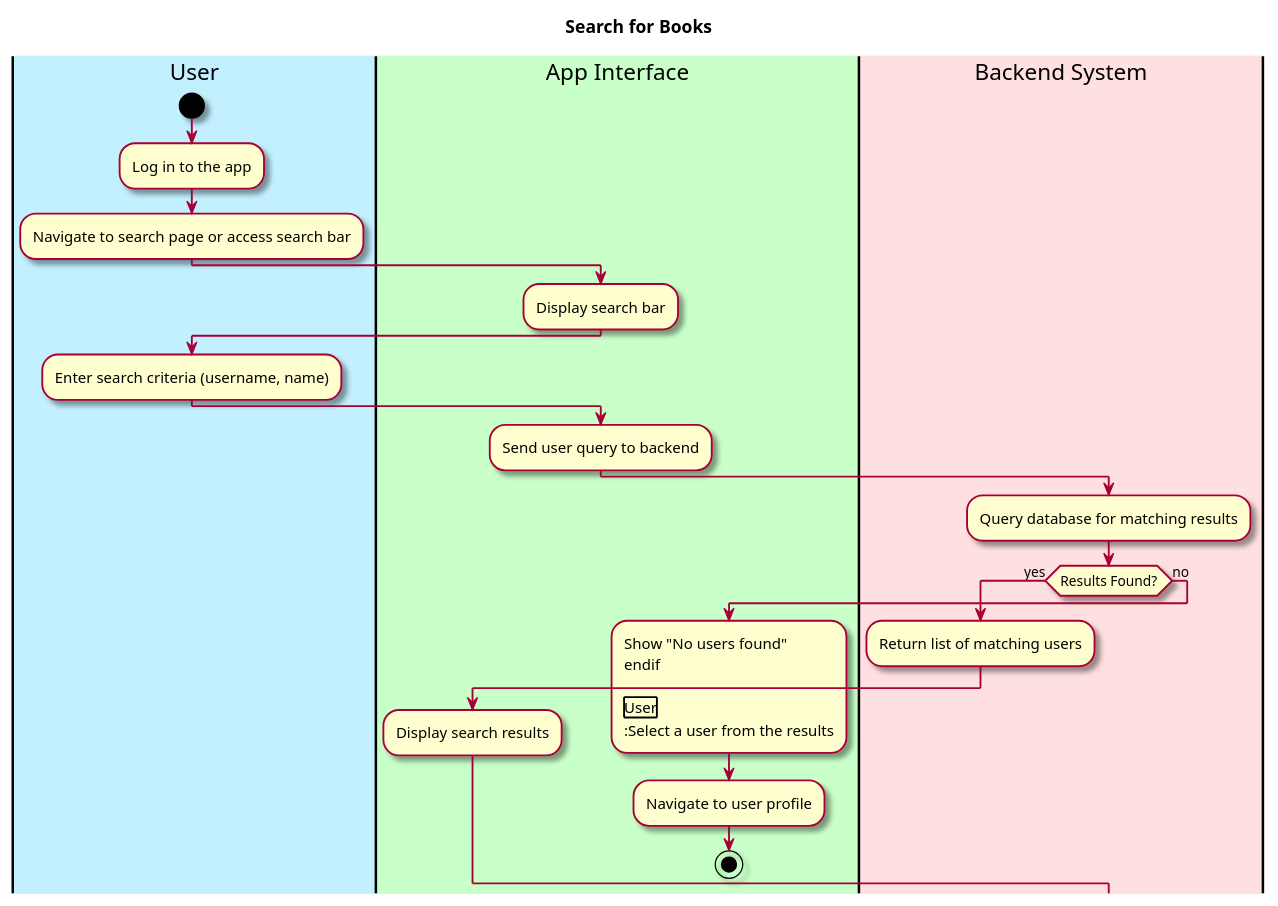
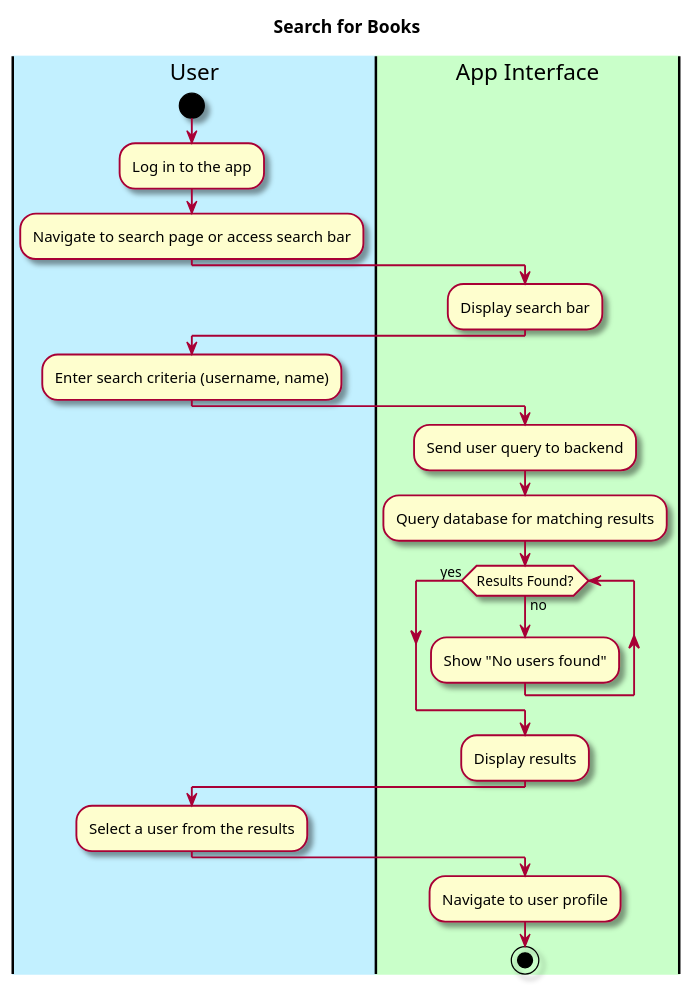
One commit to Khurshid03/team-2b changed the diagram in intellij/doc/use-cases/search-for-users.md. Above: the diagram before and after it, drawn with PlantUML. The commit also changed 4 other files, not shown here.

Commit message:
Edited the use-case file, specifically workflow diagrams

```````diff
--- a/intellij/doc/use-cases/search-for-users.md
+++ b/intellij/doc/use-cases/search-for-users.md
@@ -29,44 +29,47 @@
 ```plantuml
 @startuml
 
 skin rose
 
 title Search for Books
 
 |#application|User|
 |#technology|App Interface|
-|#Implementation|Backend System|
+
 
 |User|
 start
 :Log in to the app;
 :Navigate to search page or access search bar;
 
 |App Interface|
 :Display search bar;
 
 |User|
 :Enter search criteria (username, name);
 
 |App Interface|
 :Send user query to backend;
 
-|Backend System|
+|App Interface|
 :Query database for matching results;
-if (Results Found?) then (yes)
-  :Return list of matching users;
+while (Results Found?) is (no)
   |App Interface|
-  :Display search results;
-else (no)
+:Show "No users found";
+ 
+
+
+
+endwhile (yes)
   |App Interface|
-  :Show "No users found" 
-endif
+  :Display results;
+
 
 |User|
 :Select a user from the results;
 |App Interface|
 :Navigate to user profile;
 stop 
 
 @enduml
 ``````
```````
